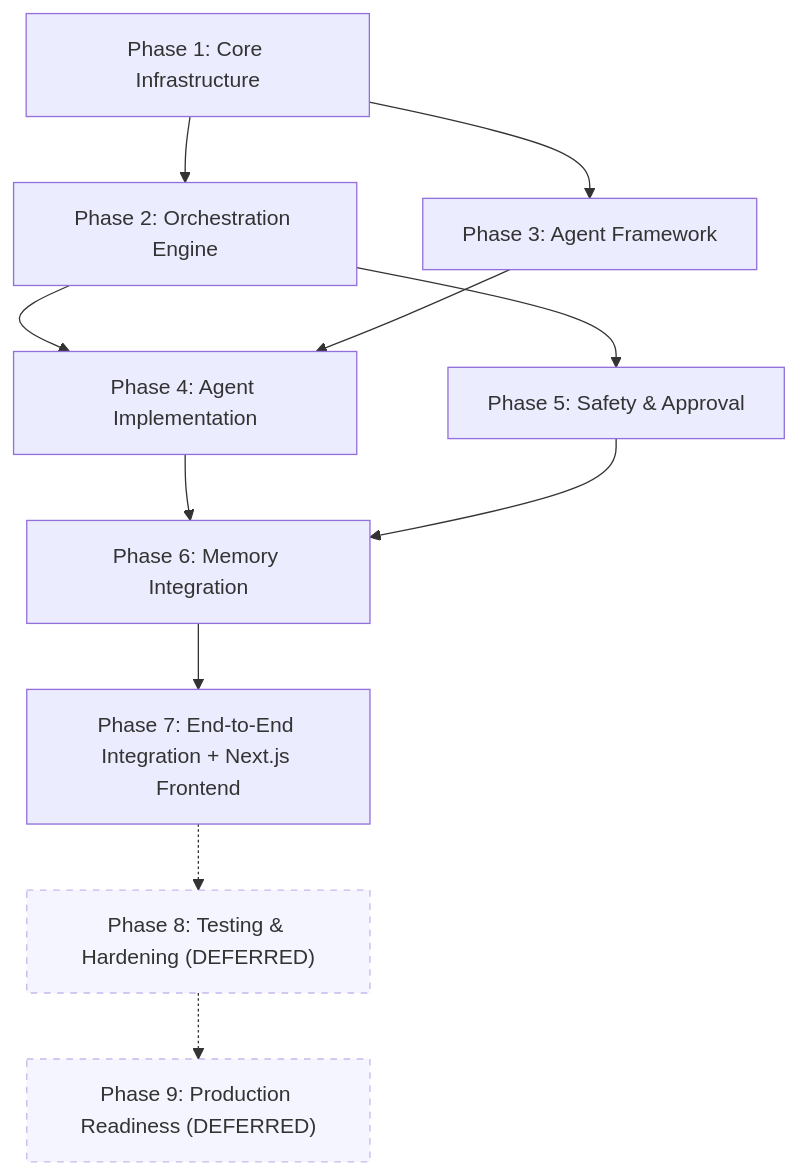
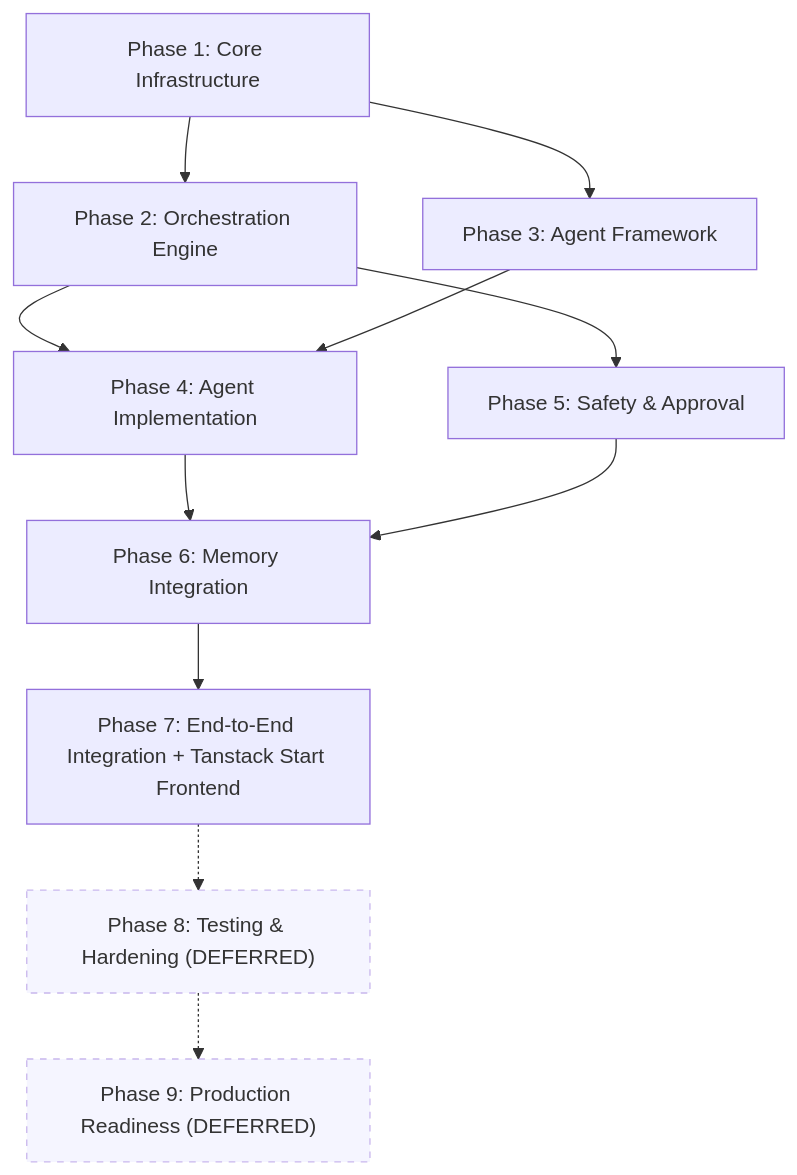
One commit to Parth18062003/bionics changed the fifth of 5 diagrams in AADAP_Master_Blueprint.md. Above: the diagram before and after it, drawn with Mermaid. The commit also changed other lines of this file and 34 other files, not shown here.

````diff
--- a/AADAP_Master_Blueprint.md
+++ b/AADAP_Master_Blueprint.md
@@ -820,16 +820,16 @@
 ```mermaid
 graph TD
     P1["Phase 1: Core Infrastructure"] --> P2["Phase 2: Orchestration Engine"]
     P1 --> P3["Phase 3: Agent Framework"]
     P2 --> P4["Phase 4: Agent Implementation"]
     P3 --> P4
     P2 --> P5["Phase 5: Safety & Approval"]
     P4 --> P6["Phase 6: Memory Integration"]
     P5 --> P6
-    P6 --> P7["Phase 7: End-to-End Integration + Next.js Frontend"]
+    P6 --> P7["Phase 7: End-to-End Integration + Tanstack Start Frontend"]
     P7 -.-> P8["Phase 8: Testing & Hardening (DEFERRED)"]
     P8 -.-> P9["Phase 9: Production Readiness (DEFERRED)"]
 
     style P8 stroke-dasharray: 5 5, opacity: 0.5
     style P9 stroke-dasharray: 5 5, opacity: 0.5
 ```
````
